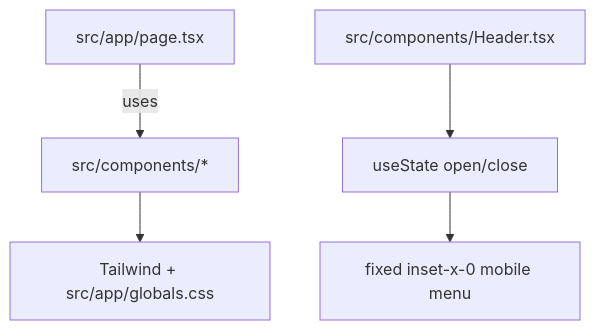
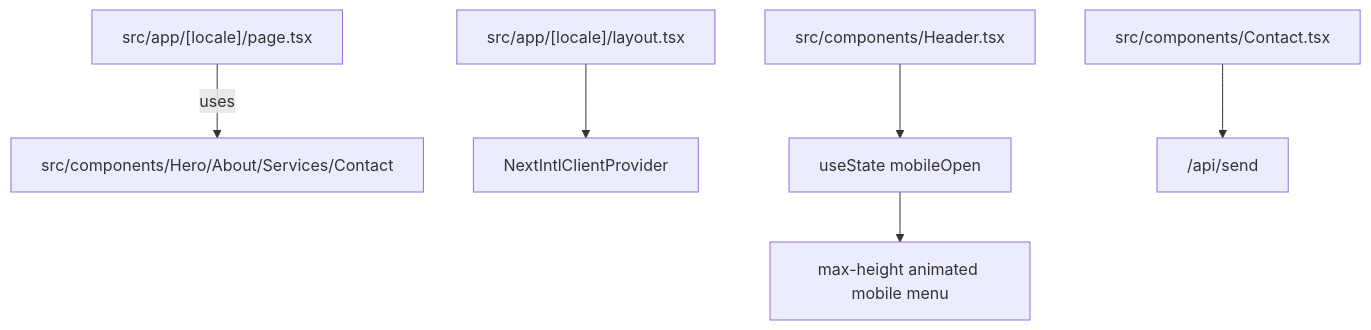
The diagram in lode/practices.md (ipavic933-spec/website-pavic), drawn with Mermaid before and after one commit. The commit also changed other lines of this file and 6 other files, not shown here.

````diff
--- a/lode/practices.md
+++ b/lode/practices.md
@@ -11,7 +11,8 @@
 ```mermaid
 flowchart TD
-  Page["src/app/page.tsx"] -->|uses| Components["src/components/*"]
-  Components --> Styles["Tailwind + src/app/globals.css"]
-  Header["src/components/Header.tsx"] --> Toggle["useState open/close"]
-  Toggle --> OverlayNav["fixed inset-x-0 mobile menu"]
+  HomePage["src/app/[locale]/page.tsx"] -->|uses| Sections["src/components/Hero/About/Services/Contact"]
+  LocaleLayout["src/app/[locale]/layout.tsx"] --> IntlProvider["NextIntlClientProvider"]
+  Header["src/components/Header.tsx"] --> Toggle["useState mobileOpen"]
+  Toggle --> OverlayNav["max-height animated mobile menu"]
+  Contact["src/components/Contact.tsx"] --> SendApi["/api/send"]
 ```
````
